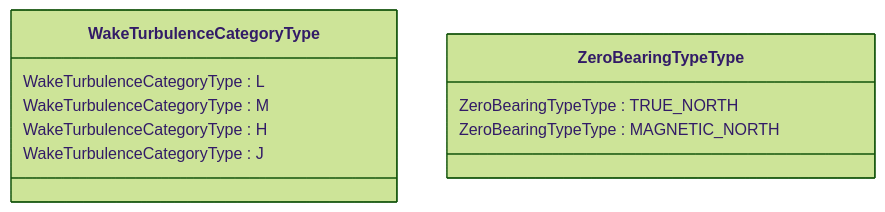
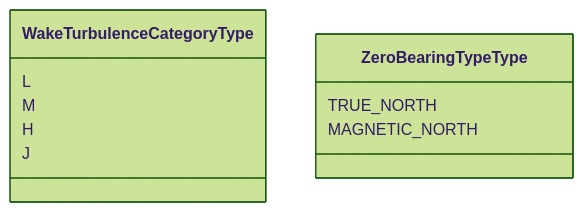
The fourth of 4 diagrams in docs/fixm/FIXM_UML_in_mermaid.md (du-lapin/test_docsify), drawn with Mermaid (forest theme) before and after one commit. The commit also changed other lines of this file, not shown here.

````diff
--- a/docs/fixm/FIXM_UML_in_mermaid.md
+++ b/docs/fixm/FIXM_UML_in_mermaid.md
@@ -43,13 +43,13 @@
 ```mermaid
 classDiagram
 class WakeTurbulenceCategoryType{	
-WakeTurbulenceCategoryType : L	
-WakeTurbulenceCategoryType : M	
-WakeTurbulenceCategoryType : H	
-WakeTurbulenceCategoryType : J	
+L	
+M	
+H	
+J	
 }	
 class ZeroBearingTypeType{	
-ZeroBearingTypeType : TRUE_NORTH	
-ZeroBearingTypeType : MAGNETIC_NORTH	
+TRUE_NORTH	
+MAGNETIC_NORTH	
 }	
 ```
````
